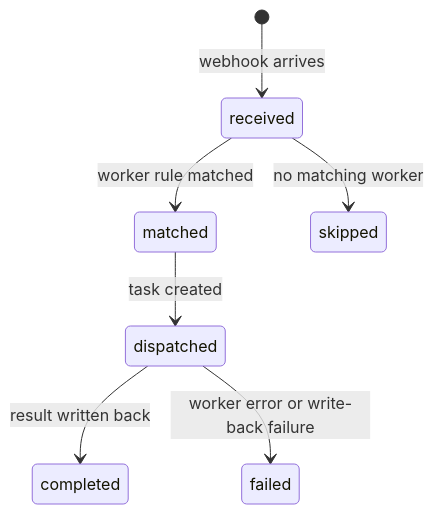
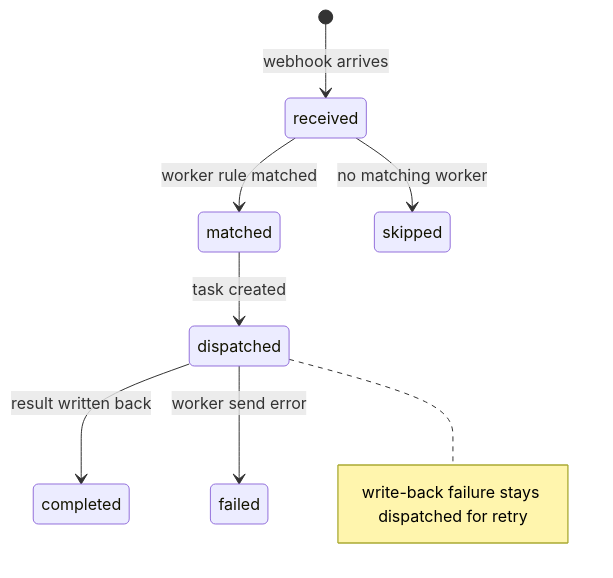
Before and after one commit to xiaolai/mecha.im: the second of 2 diagrams in docs/guide/events.md, drawn with Mermaid. The commit also changed 4 other files, not shown here.

````diff
--- a/docs/guide/events.md
+++ b/docs/guide/events.md
@@ -168,9 +168,10 @@
 ```mermaid
 stateDiagram-v2
     [*] --> received : webhook arrives
     received --> matched : worker rule matched
     received --> skipped : no matching worker
     matched --> dispatched : task created
     dispatched --> completed : result written back
-    dispatched --> failed : worker error or write-back failure
+    dispatched --> failed : worker send error
+    note right of dispatched : write-back failure stays dispatched for retry
 ```
````
